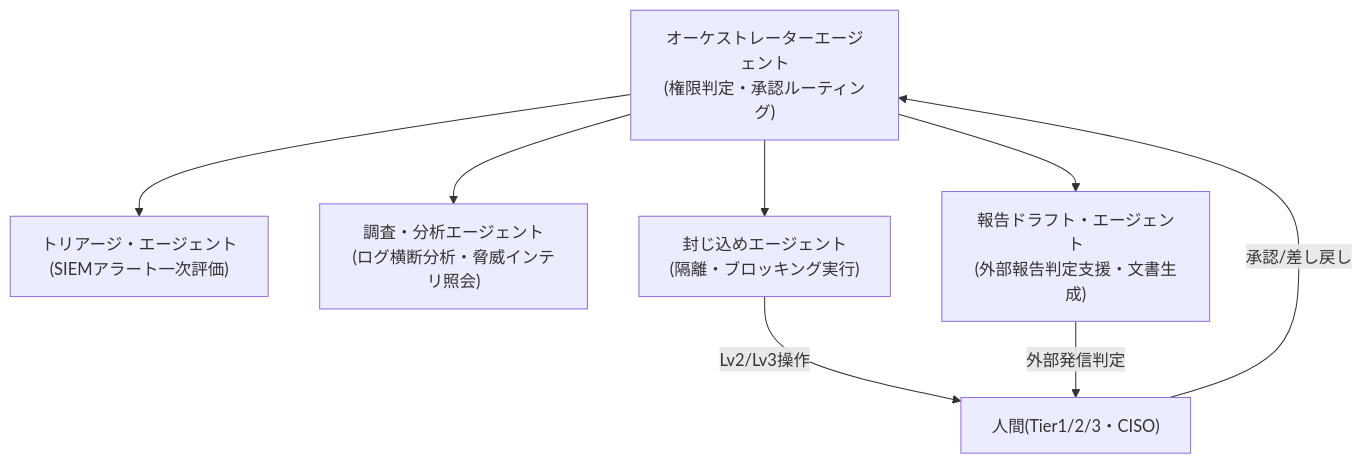
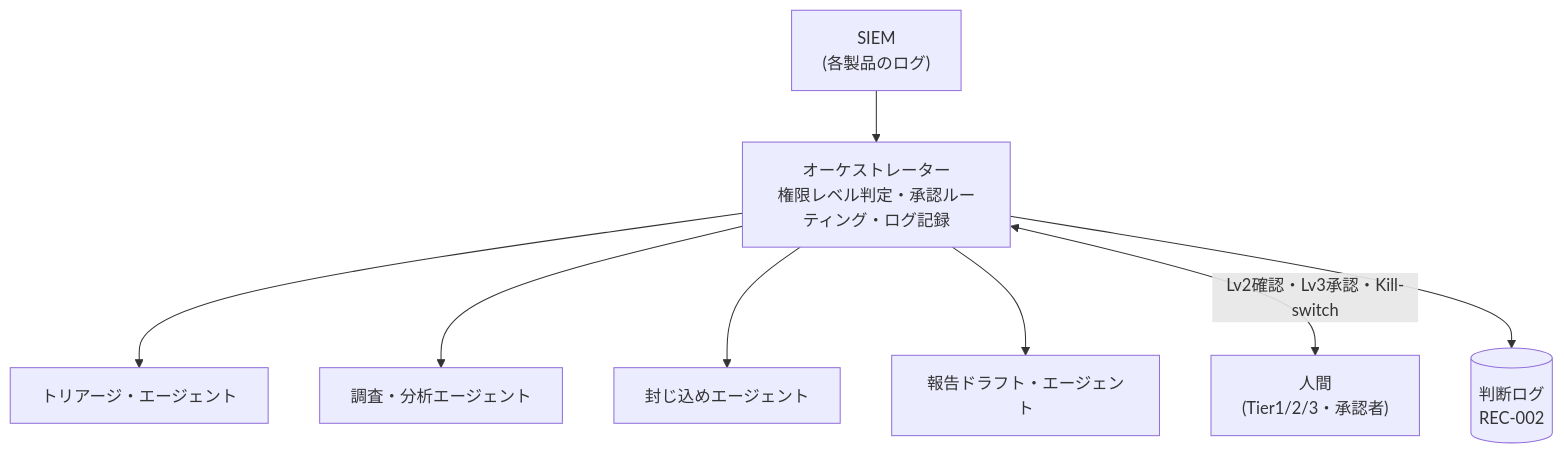
One commit to Okusan818/agentic-ai-soc-csirt-sample changed the diagram in 02-agentic-ai/02-01-architecture.md. Above: the diagram before and after it, drawn with Mermaid. The commit also changed other lines of this file and 20 other files, not shown here.

````diff
--- a/02-agentic-ai/02-01-architecture.md
+++ b/02-agentic-ai/02-01-architecture.md
@@ -10,17 +10,11 @@
 ```mermaid
 graph TD
-    O["オーケストレーターエージェント<br/>(権限判定・承認ルーティング)"]
-    T["トリアージ・エージェント<br/>(SIEMアラート一次評価)"]
-    A["調査・分析エージェント<br/>(ログ横断分析・脅威インテリ照会)"]
-    C["封じ込めエージェント<br/>(隔離・ブロッキング実行)"]
-    R["報告ドラフト・エージェント<br/>(外部報告判定支援・文書生成)"]
-    H["人間(Tier1/2/3・CISO)"]
-
-    O --> T
-    O --> A
-    O --> C
-    O --> R
-    C -->|Lv2/Lv3操作| H
-    R -->|外部発信判定| H
-    H -->|承認/差し戻し| O
+    SIEM["SIEM<br/>(各製品のログ)"] --> O
+    O["オーケストレーター<br/>権限レベル判定・承認ルーティング・ログ記録"]
+    O --> T["トリアージ・エージェント"]
+    O --> A["調査・分析エージェント"]
+    O --> C["封じ込めエージェント"]
+    O --> R["報告ドラフト・エージェント"]
+    O <-->|Lv2確認・Lv3承認・Kill-switch| H["人間<br/>(Tier1/2/3・承認者)"]
+    O --> L[("判断ログ<br/>REC-002")]
 ```
````
